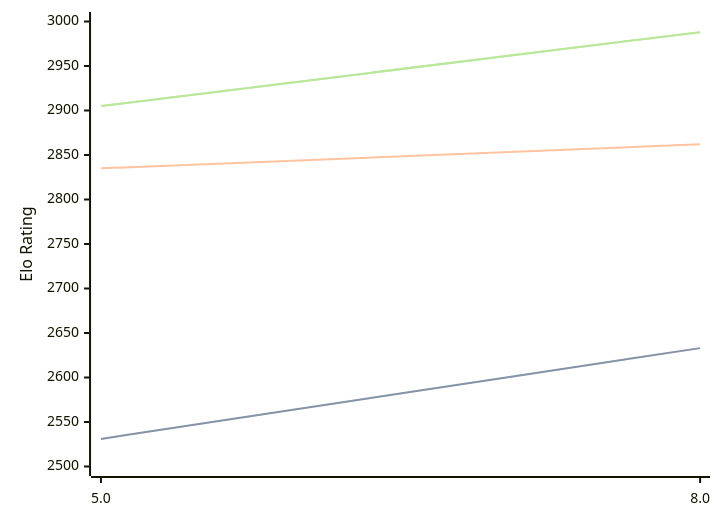
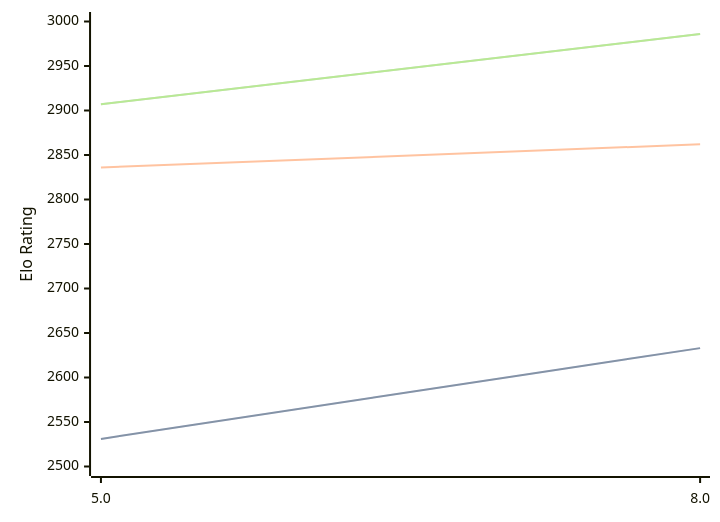
Before and after one commit to computer-chess-index/cci: the diagram in engines/4kc.md, drawn with Mermaid. The commit also changed other lines of this file, not shown here.

Commit message:
Update CCI Ratings (ELO VLTC) - 2026-05-04

````diff
--- a/engines/4kc.md
+++ b/engines/4kc.md
@@ -41,11 +41,11 @@
 ```mermaid
 %%{init: {"theme":"base","themeVariables":{"seriesColors:['#a3a3a3','#222221','#faa371']}}}%%
 xychart-beta
   x-axis ["5.0", "8.0"]
   y-axis "Elo Rating" 2500 --> 3000
   line "STC (8.0+0.08s)" [2531, 2633]
   line "STC (8.0+0.08s)" [2531, 2633]
-  line "LTC (60.0+0.60s)" [2835, 2862]
-  line "VLTC (2m24s+1.12s)" [2905, 2988]
-  line "VLTC (2m24s+1.12s)" [2905, 2988]
+  line "LTC (60.0+0.60s)" [2836, 2862]
+  line "VLTC (2m24s+1.12s)" [2907, 2986]
+  line "VLTC (2m24s+1.12s)" [2907, 2986]
 ```
````
